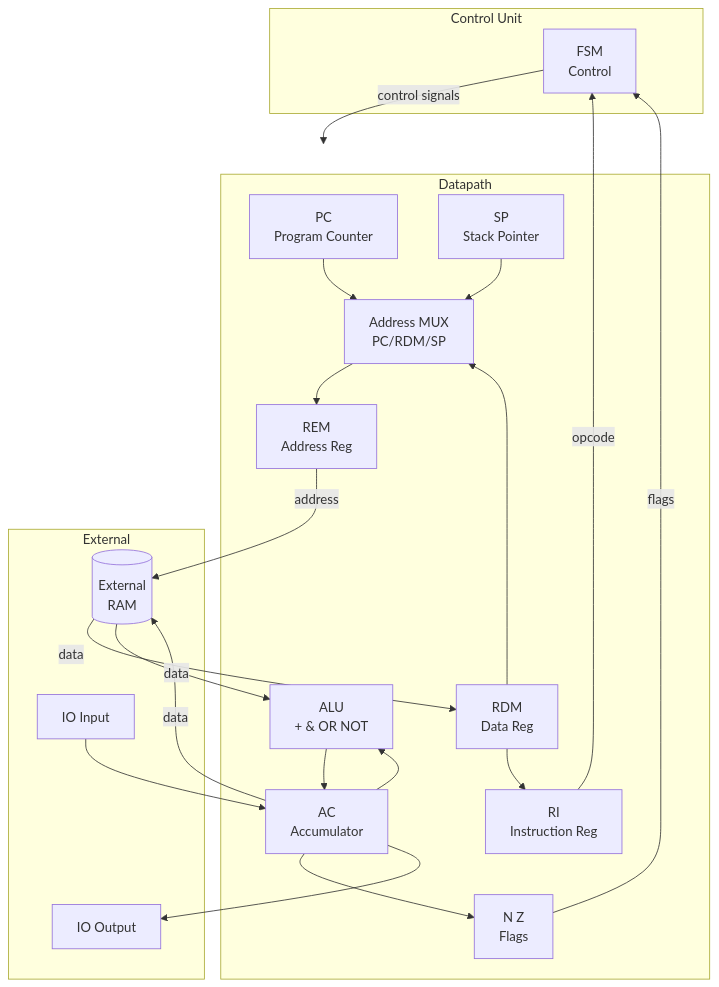
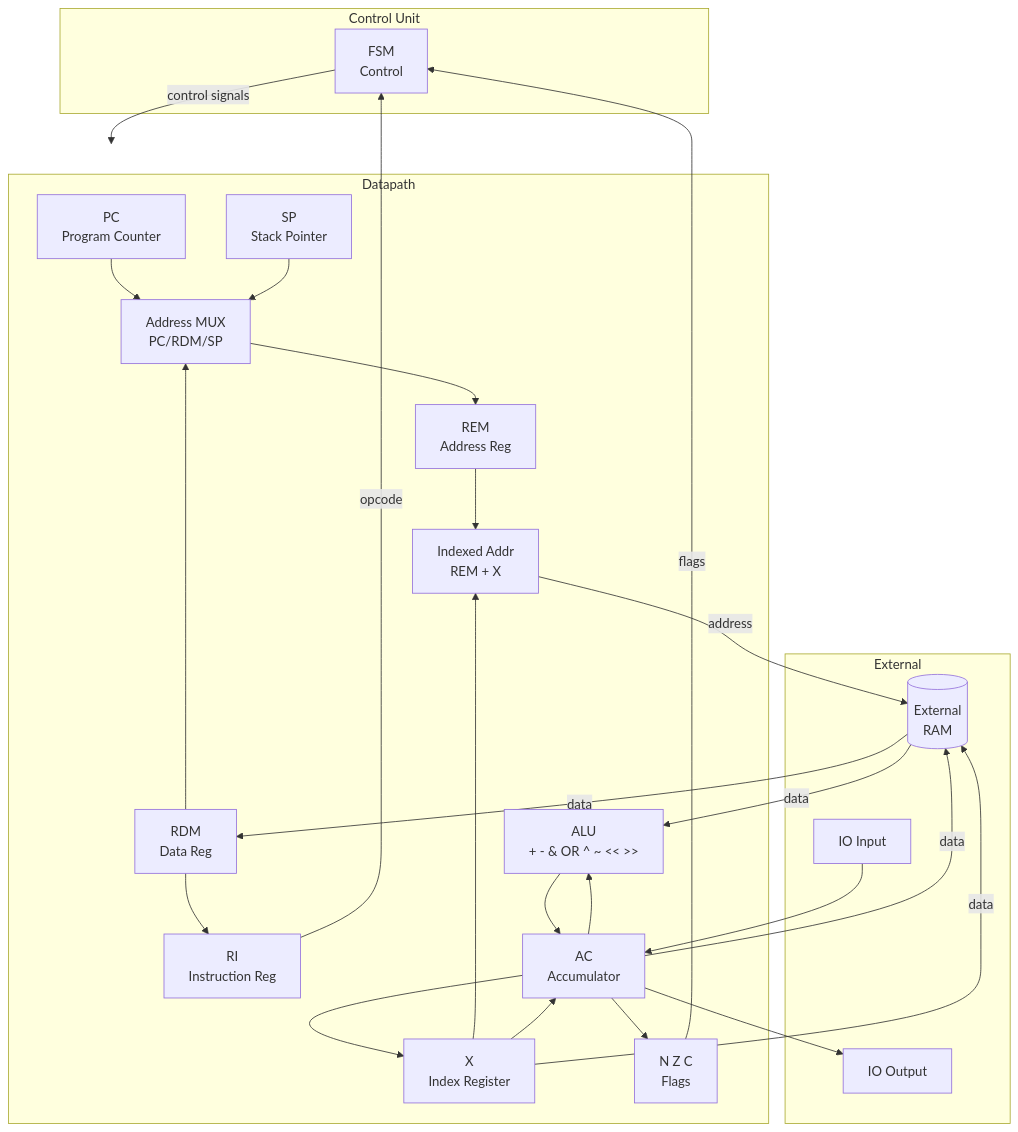
Before and after one commit to leonardoaraujosantos/neander_tinytapeout_2026: the diagram in README.md, drawn with Mermaid. The commit also changed other lines of this file and 9 other files, not shown here.

````diff
--- a/README.md
+++ b/README.md
@@ -58,43 +116,50 @@
 ```mermaid
 graph TB
     subgraph Control Unit
         FSM[FSM<br/>Control]
     end
 
     subgraph Datapath
         PC[PC<br/>Program Counter]
         SP[SP<br/>Stack Pointer]
+        X[X<br/>Index Register]
         RI[RI<br/>Instruction Reg]
         REM[REM<br/>Address Reg]
         RDM[RDM<br/>Data Reg]
         AC[AC<br/>Accumulator]
-        ALU[ALU<br/>+ & OR NOT]
-        NZ[N Z<br/>Flags]
+        ALU[ALU<br/>+ - & OR ^ ~ << >>]
+        NZC[N Z C<br/>Flags]
         MUX[Address MUX<br/>PC/RDM/SP]
+        IDX[Indexed Addr<br/>REM + X]
     end
 
     subgraph External
         RAM[(External<br/>RAM)]
         IO_IN[IO Input]
         IO_OUT[IO Output]
     end
 
     FSM -->|control signals| Datapath
     RI -->|opcode| FSM
-    NZ -->|flags| FSM
+    NZC -->|flags| FSM
 
     PC --> MUX
     RDM --> MUX
     SP --> MUX
     MUX --> REM
-    REM -->|address| RAM
+    REM --> IDX
+    X --> IDX
+    IDX -->|address| RAM
     RAM -->|data| RDM
     RDM --> RI
     AC --> ALU
+    AC --> X
+    X --> AC
     RAM -->|data| ALU
     ALU --> AC
-    AC --> NZ
+    AC --> NZC
     AC -->|data| RAM
+    X -->|data| RAM
     IO_IN --> AC
     AC --> IO_OUT
 ```
````
